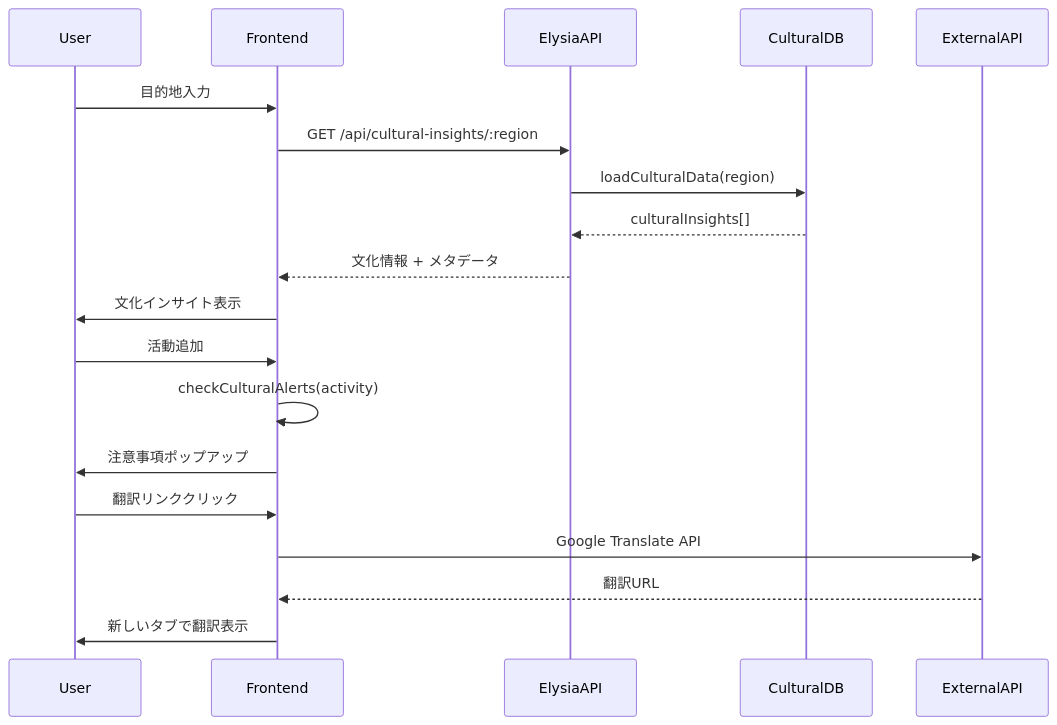
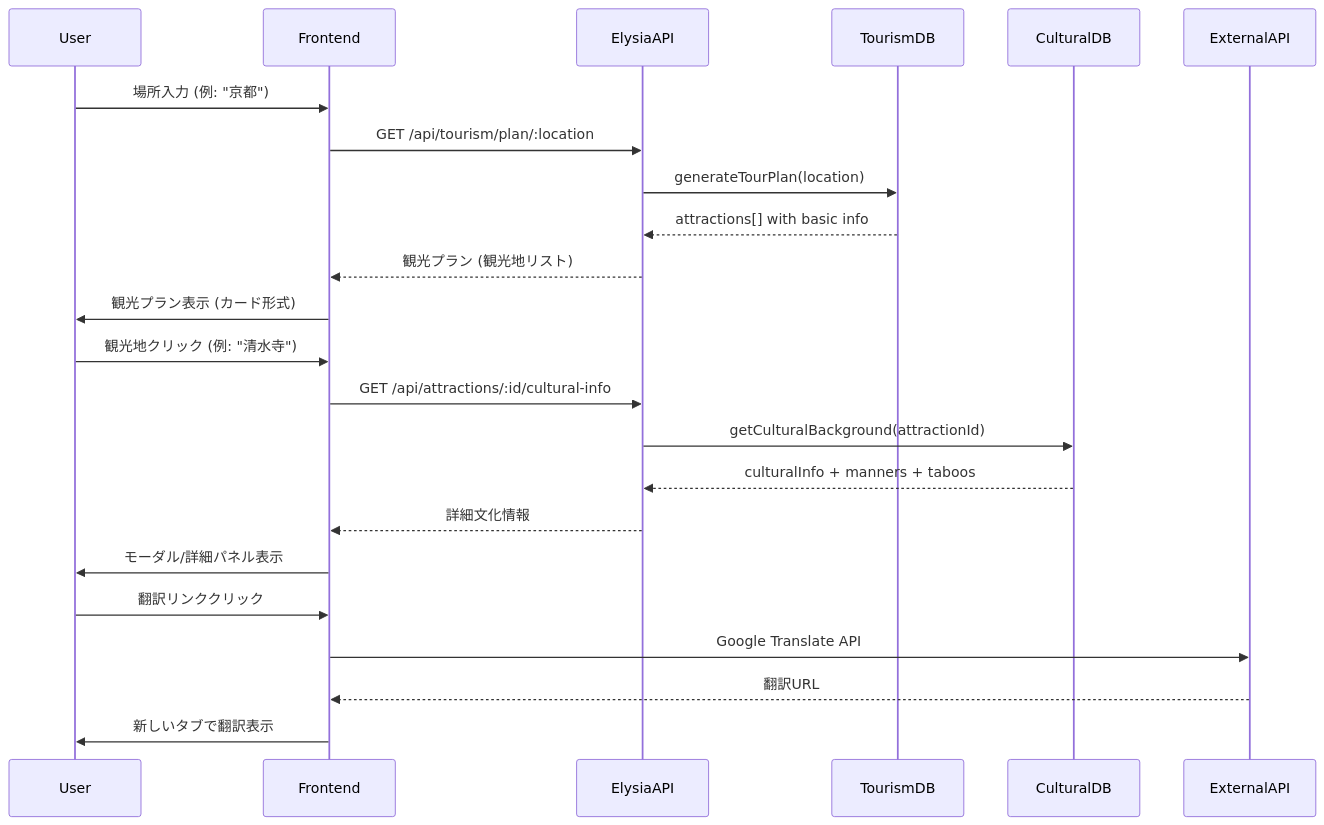
The second of 5 diagrams in .kiro/specs/culture-sync/design.md (dino3616/nextjs-elysia-template), drawn with Mermaid before and after one commit. The commit also changed other lines of this file and 1 other file, not shown here.

````diff
--- a/.kiro/specs/culture-sync/design.md
+++ b/.kiro/specs/culture-sync/design.md
@@ -76,24 +77,28 @@
 ```mermaid
 sequenceDiagram
     participant User
     participant Frontend
     participant ElysiaAPI
+    participant TourismDB
     participant CulturalDB
     participant ExternalAPI
     
-    User->>Frontend: 目的地入力
-    Frontend->>ElysiaAPI: GET /api/cultural-insights/:region
-    ElysiaAPI->>CulturalDB: loadCulturalData(region)
-    CulturalDB-->>ElysiaAPI: culturalInsights[]
-    ElysiaAPI-->>Frontend: 文化情報 + メタデータ
+    User->>Frontend: 場所入力 (例: "京都")
+    Frontend->>ElysiaAPI: GET /api/tourism/plan/:location
+    ElysiaAPI->>TourismDB: generateTourPlan(location)
+    TourismDB-->>ElysiaAPI: attractions[] with basic info
+    ElysiaAPI-->>Frontend: 観光プラン (観光地リスト)
+    Frontend->>User: 観光プラン表示 (カード形式)
     
-    Frontend->>User: 文化インサイト表示
-    User->>Frontend: 活動追加
-    Frontend->>Frontend: checkCulturalAlerts(activity)
-    Frontend->>User: 注意事項ポップアップ
+    User->>Frontend: 観光地クリック (例: "清水寺")
+    Frontend->>ElysiaAPI: GET /api/attractions/:id/cultural-info
+    ElysiaAPI->>CulturalDB: getCulturalBackground(attractionId)
+    CulturalDB-->>ElysiaAPI: culturalInfo + manners + taboos
+    ElysiaAPI-->>Frontend: 詳細文化情報
+    Frontend->>User: モーダル/詳細パネル表示
     
     User->>Frontend: 翻訳リンククリック
     Frontend->>ExternalAPI: Google Translate API
     ExternalAPI-->>Frontend: 翻訳URL
     Frontend->>User: 新しいタブで翻訳表示
 ```
````
